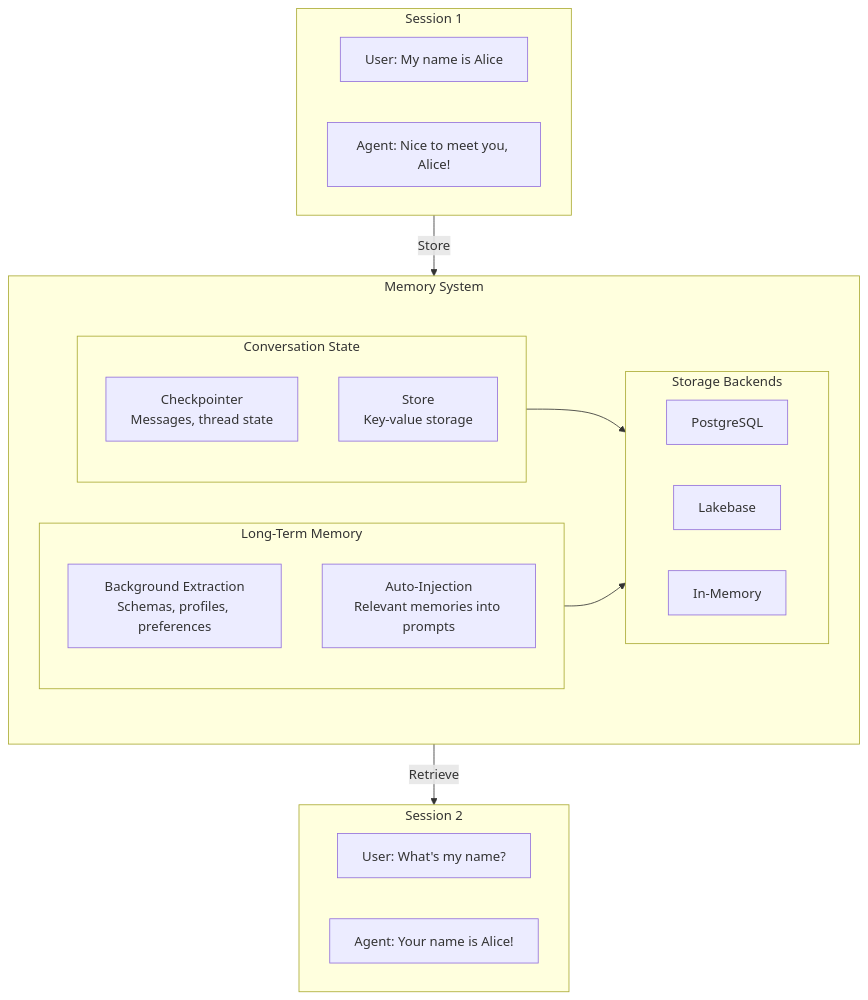
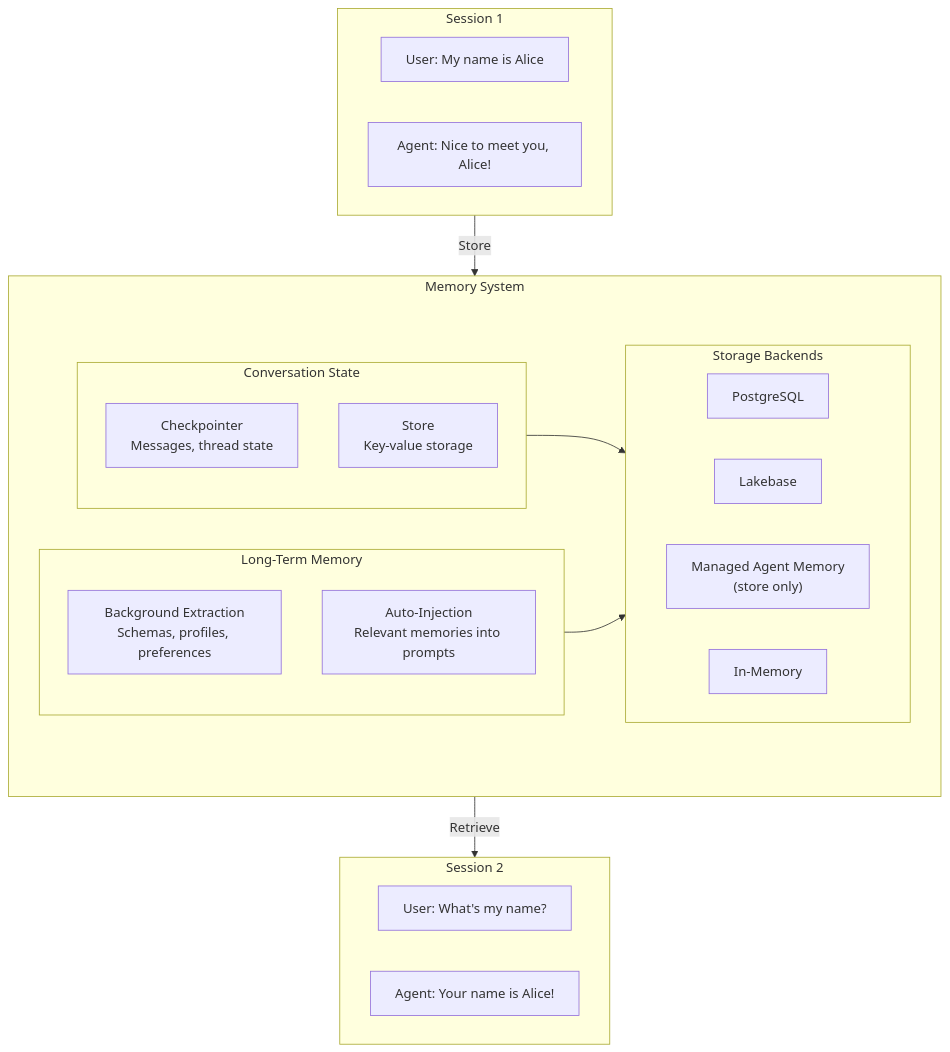
One commit to natefleming/retail-ai changed the first of 2 diagrams in examples/05_memory/README.md. Above: the diagram before and after it, drawn with Mermaid. The commit also changed other lines of this file and 7 other files, not shown here.

````diff
--- a/examples/05_memory/README.md
+++ b/examples/05_memory/README.md
@@ -9,36 +9,37 @@
 ```mermaid
 flowchart TB
     subgraph session1 [Session 1]
         U1["User: My name is Alice"]
         A1["Agent: Nice to meet you, Alice!"]
     end
 
     subgraph memSystem [Memory System]
         subgraph convState [Conversation State]
             Checkpointer["Checkpointer<br/>Messages, thread state"]
             Store["Store<br/>Key-value storage"]
         end
 
         subgraph longTerm [Long-Term Memory]
             Extraction["Background Extraction<br/>Schemas, profiles, preferences"]
             Injection["Auto-Injection<br/>Relevant memories into prompts"]
         end
 
         subgraph backends [Storage Backends]
             direction LR
             PG["PostgreSQL"]
             LB["Lakebase"]
+            AM["Managed Agent Memory<br/>(store only)"]
             InMem["In-Memory"]
         end
     end
 
     subgraph session2 [Session 2]
         U2["User: What's my name?"]
         A2["Agent: Your name is Alice!"]
     end
 
     session1 -->|"Store"| memSystem
     memSystem -->|"Retrieve"| session2
     convState --> backends
     longTerm --> backends
 ```
````
